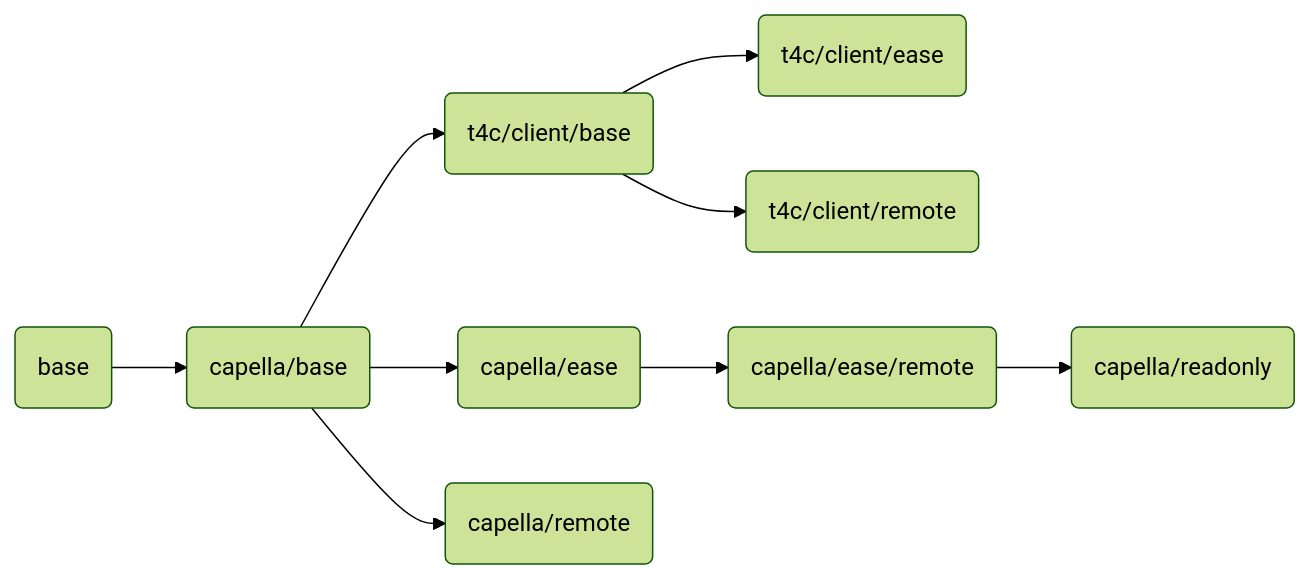
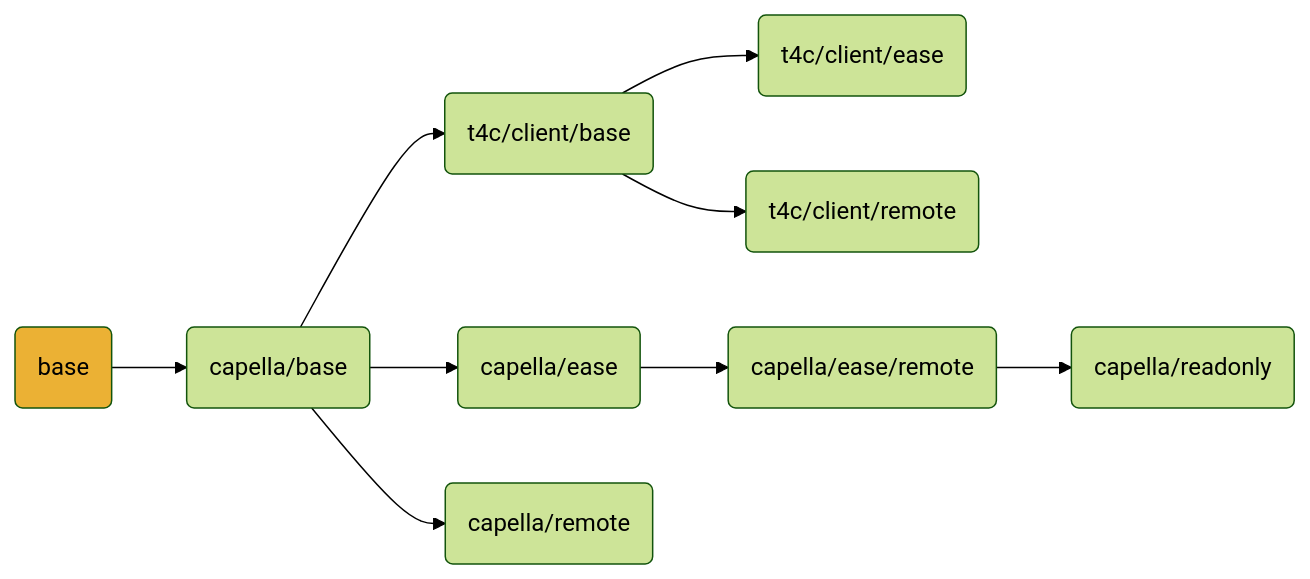
One commit to DSD-DBS/capella-dockerimages changed the diagram in README.md. Above: the diagram before and after it, drawn with Mermaid (forest theme).

Commit message:
Try mermaid color styling

````diff
--- a/README.md
+++ b/README.md
@@ -24,11 +24,11 @@
 ```mermaid
 flowchart LR
     A(base) --> B(capella/base)
     B(capella/base) --> C(t4c/client/base)
     B(capella/base) --> D(capella/ease)
     C(t4c/client/base) --> E(t4c/client/ease)
     B(capella/base) --> F(capella/remote)
     C(t4c/client/base) --> G(t4c/client/remote)
     D(capella/ease) --> H(capella/ease/remote) --> I(capella/readonly)
-    click A "base"
+    style A fill:#ebb134
 ```
````
